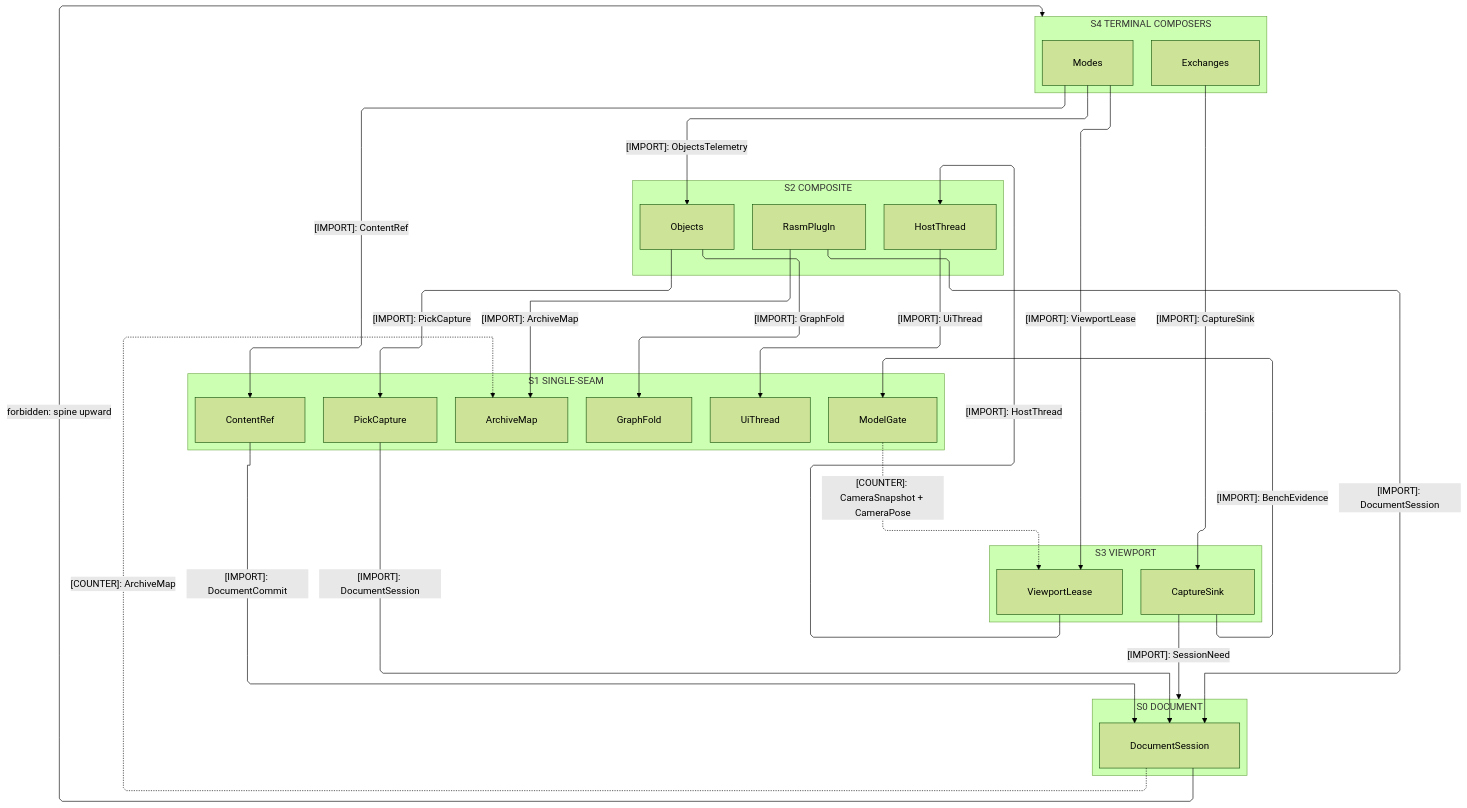
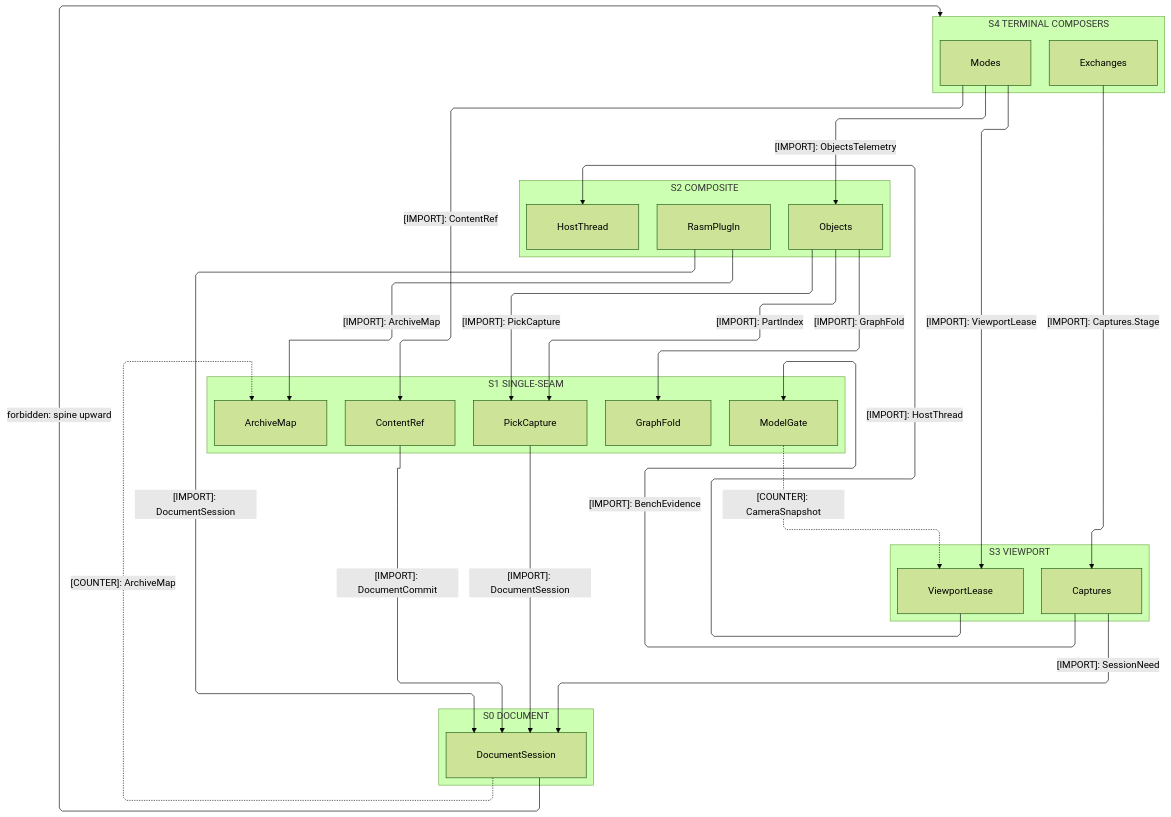
One commit to bsamiee/Rasm changed the first of 3 diagrams in libs/csharp/Rasm.Rhino/ARCHITECTURE.md. Above: the diagram before and after it, drawn with Mermaid (forest theme). The commit also changed other lines of this file and 115 other files, not shown here.

````diff
--- a/libs/csharp/Rasm.Rhino/ARCHITECTURE.md
+++ b/libs/csharp/Rasm.Rhino/ARCHITECTURE.md
@@ -124,53 +118,52 @@
 ```mermaid
 ---
 config:
   layout: elk
   flowchart:
     curve: linear
     padding: 25
 ---
 flowchart TB
     accTitle: Rasm.Rhino interior strata
-    accDescr: Five stacked strata from the terminal display and exchange composers through the viewport rail and the composite object and host-UI domains onto the single-seam domains and the document spine, every consumption edge downward and solid naming one sourced type, two dashed ruled counter-edges carrying the ArchiveMap open-options payload upward from the document spine to Persistence and the CameraSnapshot and CameraPose frame values upward from the Modeling gate to the viewport rail, and one forbidden upward edge.
+    accDescr: Interior strata down to the document spine; dashed counter-edges carry ArchiveMap options and the camera frame values upward.
     subgraph S4["S4 TERMINAL COMPOSERS"]
         Modes[Modes]
         Exchanges[Exchanges]
     end
     subgraph S3["S3 VIEWPORT"]
         Lease[ViewportLease]
-        Capture[CaptureSink]
+        Capture[Captures]
     end
     subgraph S2["S2 COMPOSITE"]
         Objects[Objects]
         HostThread[HostThread]
         Plugin[RasmPlugIn]
     end
     subgraph S1["S1 SINGLE-SEAM"]
         Picks[PickCapture]
         Blocks[GraphFold]
-        Eto[UiThread]
         Archive[ArchiveMap]
         Model[ModelGate]
         Registry[ContentRef]
     end
     subgraph S0["S0 DOCUMENT"]
         Session[DocumentSession]
     end
     Modes e1@-->|"[IMPORT]: ViewportLease"| Lease
-    Modes e13@-->|"[IMPORT]: ContentRef"| Registry
-    Exchanges e2@-->|"[IMPORT]: CaptureSink"| Capture
-    Registry e3@-->|"[IMPORT]: DocumentCommit"| Session
-    Lease e4@-->|"[IMPORT]: HostThread"| HostThread
-    Capture e5@-->|"[IMPORT]: SessionNeed"| S0
-    Capture e14@-->|"[IMPORT]: BenchEvidence"| Model
-    Objects e6@-->|"[IMPORT]: PickCapture"| Picks
-    Objects e7@-->|"[IMPORT]: GraphFold"| Blocks
-    HostThread e8@-->|"[IMPORT]: UiThread"| Eto
-    Plugin e15@-->|"[IMPORT]: DocumentSession"| Session
-    Plugin e16@-->|"[IMPORT]: ArchiveMap"| Archive
-    Picks e9@-->|"[IMPORT]: DocumentSession"| Session
-    Modes e12@-->|"[IMPORT]: ObjectsTelemetry"| Objects
-    Session e10@-.->|"[COUNTER]: ArchiveMap"| Archive
-    Model e11@-.->|"[COUNTER]: CameraSnapshot + CameraPose"| Lease
+    Modes e2@-->|"[IMPORT]: ContentRef"| Registry
+    Exchanges e3@-->|"[IMPORT]: Captures.Stage"| Capture
+    Registry e4@-->|"[IMPORT]: DocumentCommit"| Session
+    Lease e5@-->|"[IMPORT]: HostThread"| HostThread
+    Capture e6@-->|"[IMPORT]: SessionNeed"| Session
+    Capture e7@-->|"[IMPORT]: BenchEvidence"| Model
+    Objects e8@-->|"[IMPORT]: PickCapture"| Picks
+    Objects e9@-->|"[IMPORT]: PartIndex"| Picks
+    Objects e10@-->|"[IMPORT]: GraphFold"| Blocks
+    Plugin e11@-->|"[IMPORT]: DocumentSession"| Session
+    Plugin e12@-->|"[IMPORT]: ArchiveMap"| Archive
+    Picks e13@-->|"[IMPORT]: DocumentSession"| Session
+    Modes e14@-->|"[IMPORT]: ObjectsTelemetry"| Objects
+    Session e15@-.->|"[COUNTER]: ArchiveMap"| Archive
+    Model e16@-.->|"[COUNTER]: CameraSnapshot"| Lease
     Session f1@-->|"forbidden: spine upward"| S4
 ```
````
